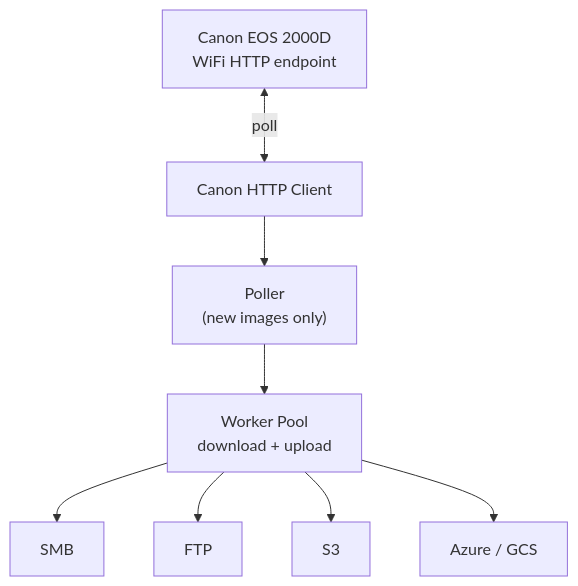
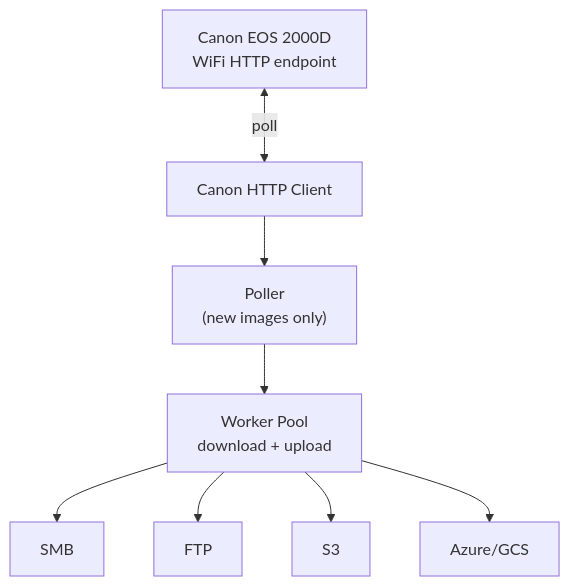
The diagram in README.md (pacorreia/canon-proxy), drawn with Mermaid before and after one commit.

Commit message:
Potential fix for pull request finding

````diff
--- a/README.md
+++ b/README.md
@@ -20,19 +20,19 @@
 ```mermaid
 flowchart TD
     Camera["Canon EOS 2000D\nWiFi HTTP endpoint"]
     Client["Canon HTTP Client"]
     Poller["Poller\n(new images only)"]
     WorkerPool["Worker Pool\ndownload + upload"]
     SMB["SMB"]
     FTP["FTP"]
     S3["S3"]
-    AzureGCS["Azure / GCS"]
+    AzureGCS["Azure/GCS"]
 
     Camera <-->|poll| Client
     Client --> Poller
     Poller --> WorkerPool
     WorkerPool --> SMB
     WorkerPool --> FTP
     WorkerPool --> S3
     WorkerPool --> AzureGCS
 ```
````
